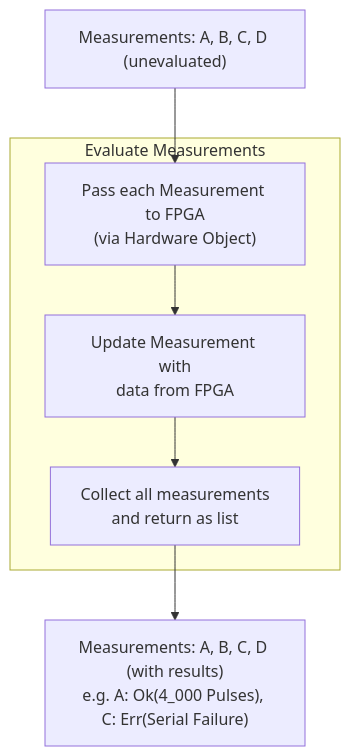
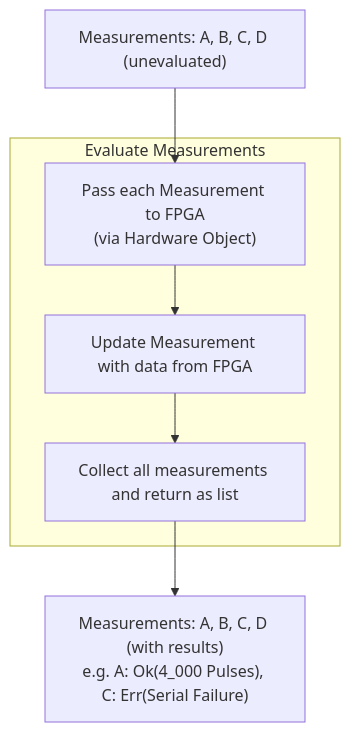
Diagram 18 of 22 in docs/sphinx/source/architecture/index.rst (evolvablehardware/BitstreamEvolution), drawn with Mermaid before and after one commit. The commit also changed other lines of this file and 5 other files, not shown here.

Commit message:
updated the Architectural description to finally translate it off of the images of slides.

```diff
--- a/docs/sphinx/source/architecture/index.rst
+++ b/docs/sphinx/source/architecture/index.rst
@@ -327,12 +440,12 @@
 .. mermaid::
 
    flowchart TD
        minput["Measurements: A, B, C, D (unevaluated)"]
        subgraph EvalMeas["Evaluate Measurements"]
            pass["Pass each Measurement to FPGA\n(via Hardware Object)"]
-           update["Update Measurement with\ndata from FPGA"]
-           collect["Collect all measurements\nand return as list"]
+           update["Update Measurement with data from FPGA"]
+           collect["Collect all measurements and return as list"]
            pass --> update --> collect
        end
        minput --> pass
        collect --> mresult["Measurements: A, B, C, D (with results)\ne.g. A: Ok(4_000 Pulses), C: Err(Serial Failure)"]
```
